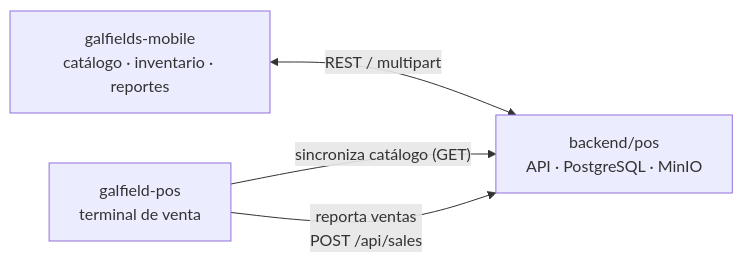
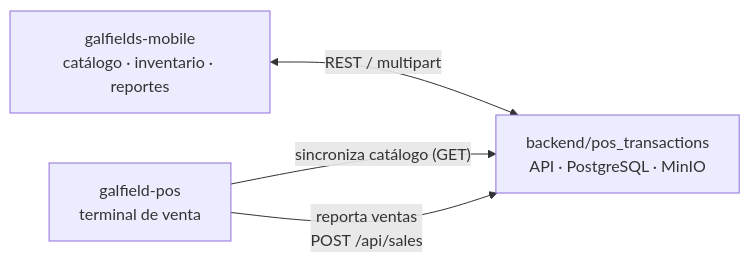
One commit to Bobsuarez/galfields changed the diagram in CLAUDE.md. Above: the diagram before and after it, drawn with Mermaid. The commit also changed other lines of this file and 514 other files, not shown here.

````diff
--- a/CLAUDE.md
+++ b/CLAUDE.md
@@ -25,10 +27,10 @@
 ```mermaid
 flowchart LR
     Mobile["galfields-mobile\ncatálogo · inventario · reportes"]
-    Backend["backend/pos\nAPI · PostgreSQL · MinIO"]
+    Backend["backend/pos_transactions\nAPI · PostgreSQL · MinIO"]
     POS["galfield-pos\nterminal de venta"]
 
     Mobile <-->|"REST / multipart"| Backend
     POS -->|"sincroniza catálogo (GET)"| Backend
     POS -->|"reporta ventas\nPOST /api/sales"| Backend
 ```
````
